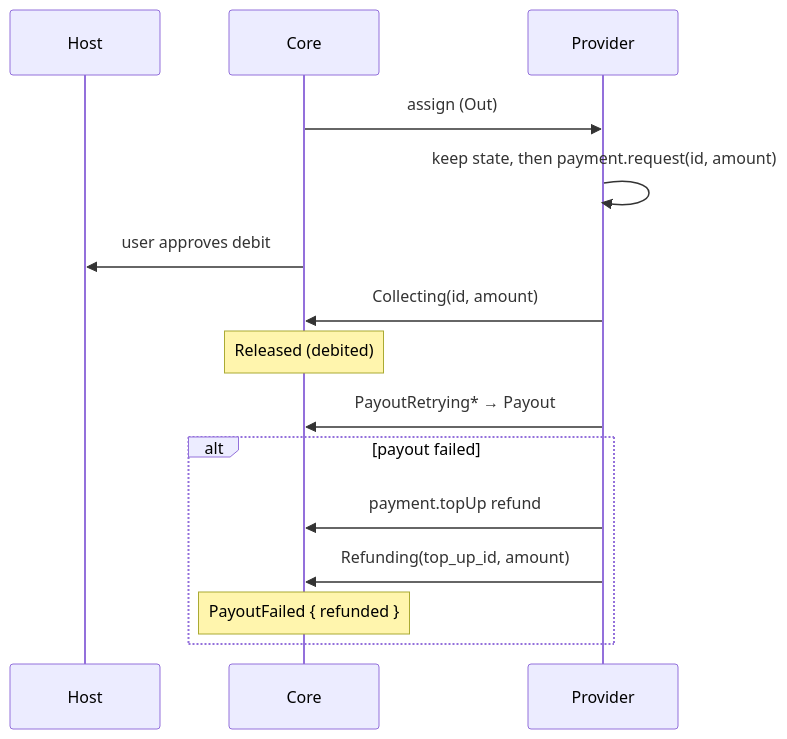
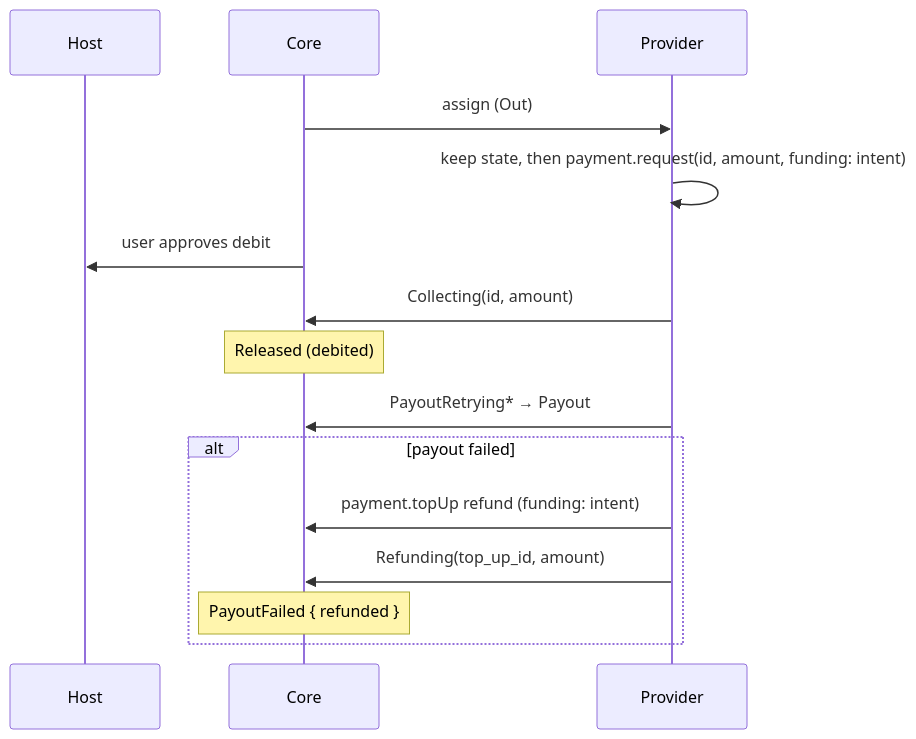
One commit to paritytech/trinity-user-agents changed the fourth of 8 diagrams in docs/design/funding-modality.md. Above: the diagram before and after it, drawn with Mermaid. The commit also changed other lines of this file, not shown here.

Commit message:
docs: bring the funding design up to date with the stack

````diff
--- a/docs/design/funding-modality.md
+++ b/docs/design/funding-modality.md
@@ -109,17 +113,17 @@
 ```mermaid
 sequenceDiagram
   participant H as Host
   participant C as Core
   participant W as Provider
   C->>W: assign (Out)
-  W->>W: keep state, then payment.request(id, amount)
+  W->>W: keep state, then payment.request(id, amount, funding: intent)
   C->>H: user approves debit
   W->>C: Collecting(id, amount)
   Note over C: Released (debited)
   W->>C: PayoutRetrying* → Payout
   alt payout failed
-    W->>C: payment.topUp refund
+    W->>C: payment.topUp refund (funding: intent)
     W->>C: Refunding(top_up_id, amount)
     Note over C: PayoutFailed { refunded }
   end
 ```
````
